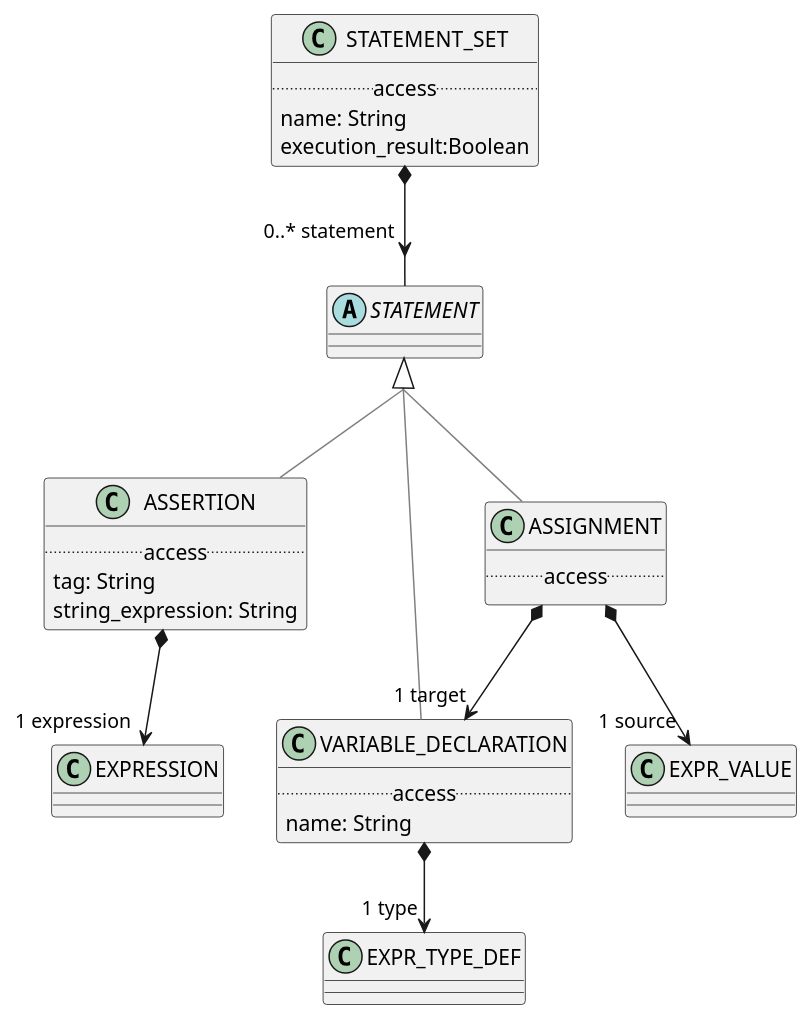
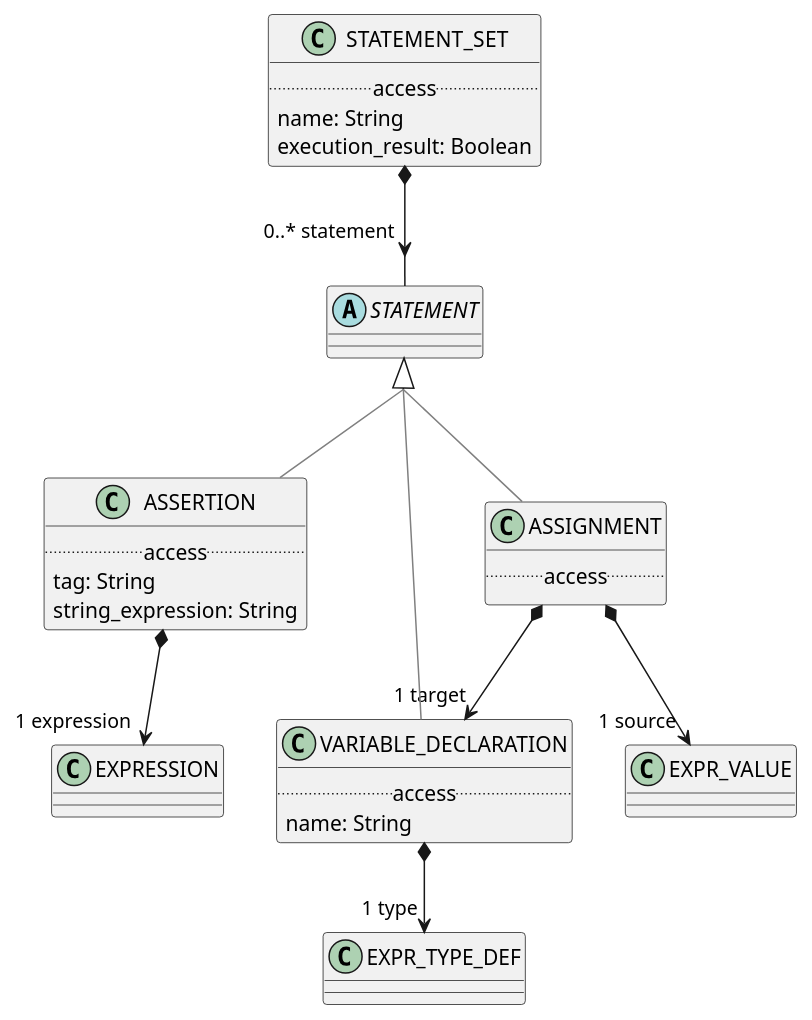
One commit to wolandscat/openehr-doc changed the diagram in modules/ROOT/examples/bmm/languages/bel/statement/statement-package-uml.adoc. Above: the diagram before and after it, drawn with PlantUML. The commit also changed 293 other files, not shown here.

Commit message:
Regen with tweaks to UML output and correct metatypes for nested generics.

```diff
--- a/modules/ROOT/examples/bmm/languages/bel/statement/statement-package-uml.adoc
+++ b/modules/ROOT/examples/bmm/languages/bel/statement/statement-package-uml.adoc
@@ -3,52 +3,52 @@
 [plantuml,opts=interactive,link=self]
 ....
 skinparam groupInheritance 2
 skinparam citedClassColor #FDFDFD
 
 
-class VARIABLE_DECLARATION [[/openehr-doc/latest/languages/bel-gen.html#_class_variable_declaration]] {
-        .. access ..
-        name: String
+abstract class STATEMENT [[/openehr-doc/latest/languages/bel-gen.html#_class_statement]] {
 }
 
-VARIABLE_DECLARATION -[#gray]up-|> STATEMENT  
-
-
-VARIABLE_DECLARATION *--> "1 type" EXPR_TYPE_DEF
 
 class STATEMENT_SET [[/openehr-doc/latest/languages/bel-gen.html#_class_statement_set]] {
         .. access ..
         name: String
-        execution_result:Boolean
+        execution_result: Boolean
 }
 
 
 STATEMENT_SET *--> "0..* statement" STATEMENT
 
 class ASSERTION [[/openehr-doc/latest/languages/bel-gen.html#_class_assertion]] {
         .. access ..
         tag: String
         string_expression: String
 }
 
 ASSERTION -[#gray]up-|> STATEMENT  
 
 
 ASSERTION *--> "1 expression" EXPRESSION
 
-abstract class STATEMENT [[/openehr-doc/latest/languages/bel-gen.html#_class_statement]] {
-}
-
-
 class ASSIGNMENT [[/openehr-doc/latest/languages/bel-gen.html#_class_assignment]] {
         .. access ..
 }
 
 ASSIGNMENT -[#gray]up-|> STATEMENT  
 
 
 ASSIGNMENT *--> "1 target" VARIABLE_DECLARATION
 
 ASSIGNMENT *--> "1 source" EXPR_VALUE
 
+class VARIABLE_DECLARATION [[/openehr-doc/latest/languages/bel-gen.html#_class_variable_declaration]] {
+        .. access ..
+        name: String
+}
+
+VARIABLE_DECLARATION -[#gray]up-|> STATEMENT  
+
+
+VARIABLE_DECLARATION *--> "1 type" EXPR_TYPE_DEF
+
 ....
```
